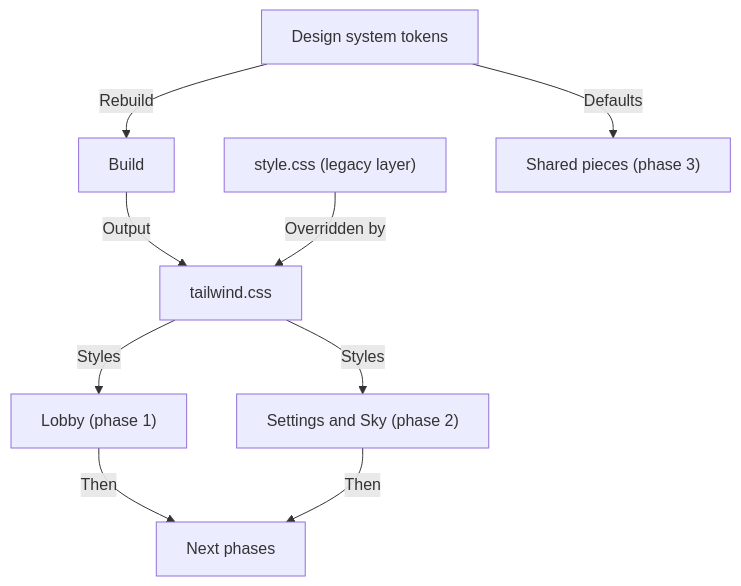
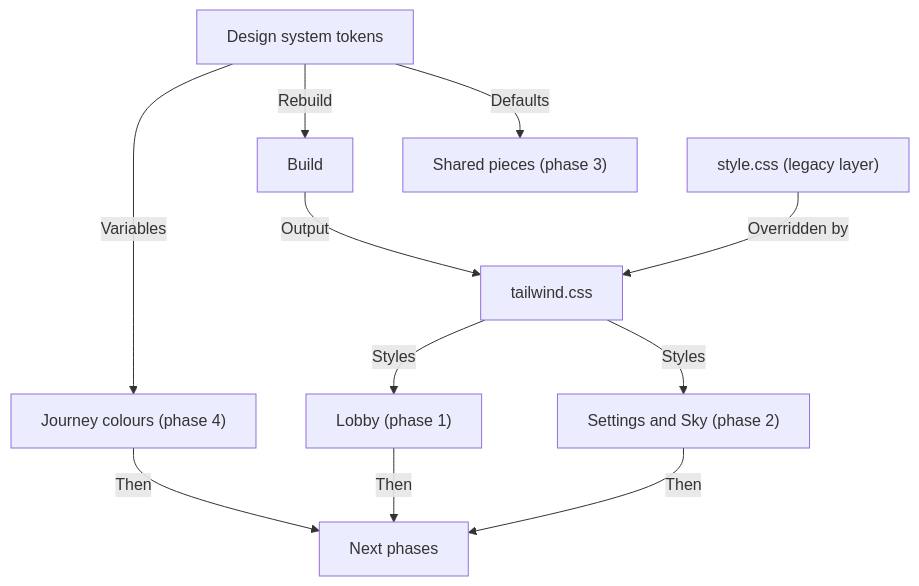
Before and after one commit to missionode/lite: diagram 51 of 55 in docs/app-map/FLOW-REFERENCE.md, drawn with Mermaid. The commit also changed other lines of this file and 84 other files, not shown here.

First line of the commit message:
feat(css): Tailwind phase 4 - journey colours on the design system

````diff
--- a/docs/app-map/FLOW-REFERENCE.md
+++ b/docs/app-map/FLOW-REFERENCE.md
@@ -2359,19 +2359,22 @@
 ```mermaid
 flowchart TD
   tokens["Design system tokens"]
   build["Build"]
   legacy["style.css (legacy layer)"]
   tw["tailwind.css"]
   lobby["Lobby (phase 1)"]
   settings["Settings and Sky (phase 2)"]
   shared["Shared pieces (phase 3)"]
+  journey["Journey colours (phase 4)"]
   next["Next phases"]
   tokens -->|"Rebuild"| build
   build -->|"Output"| tw
   legacy -->|"Overridden by"| tw
   tw -->|"Styles"| lobby
   tw -->|"Styles"| settings
   tokens -->|"Defaults"| shared
+  tokens -->|"Variables"| journey
+  journey -->|"Then"| next
   lobby -->|"Then"| next
   settings -->|"Then"| next
 ```
````
